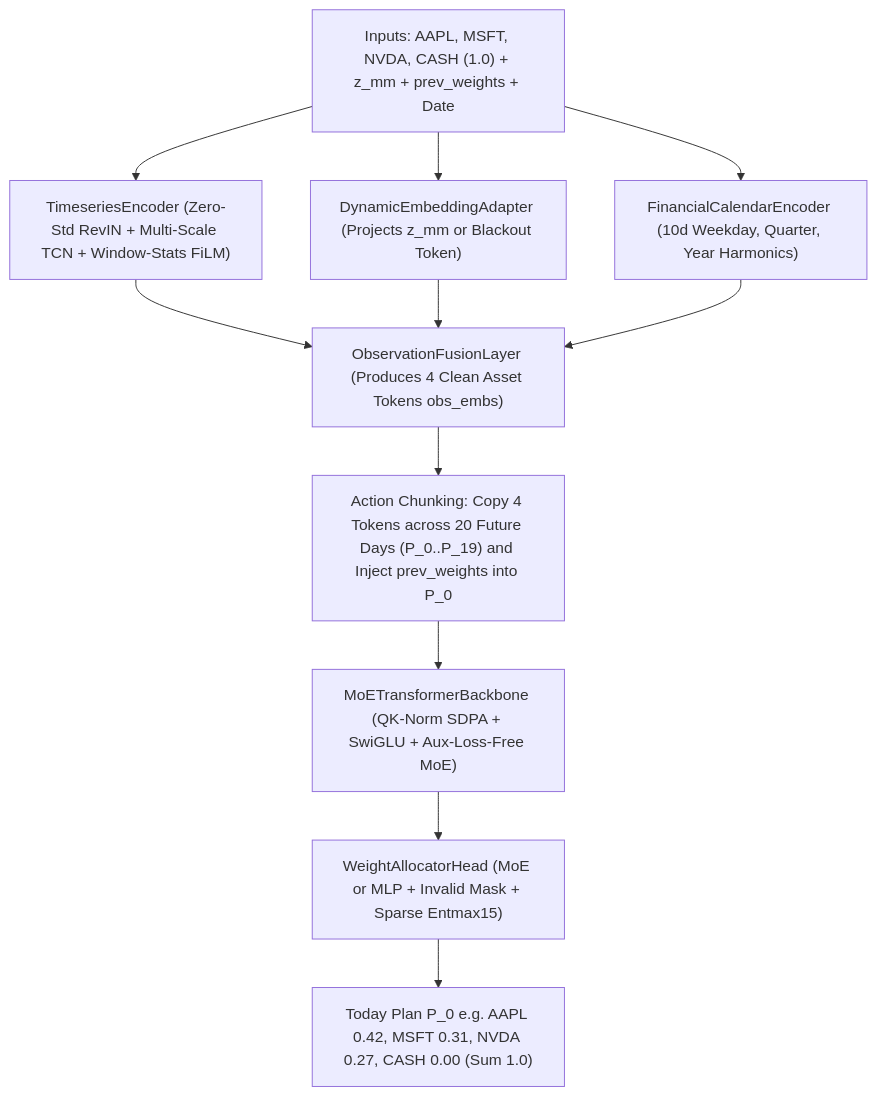
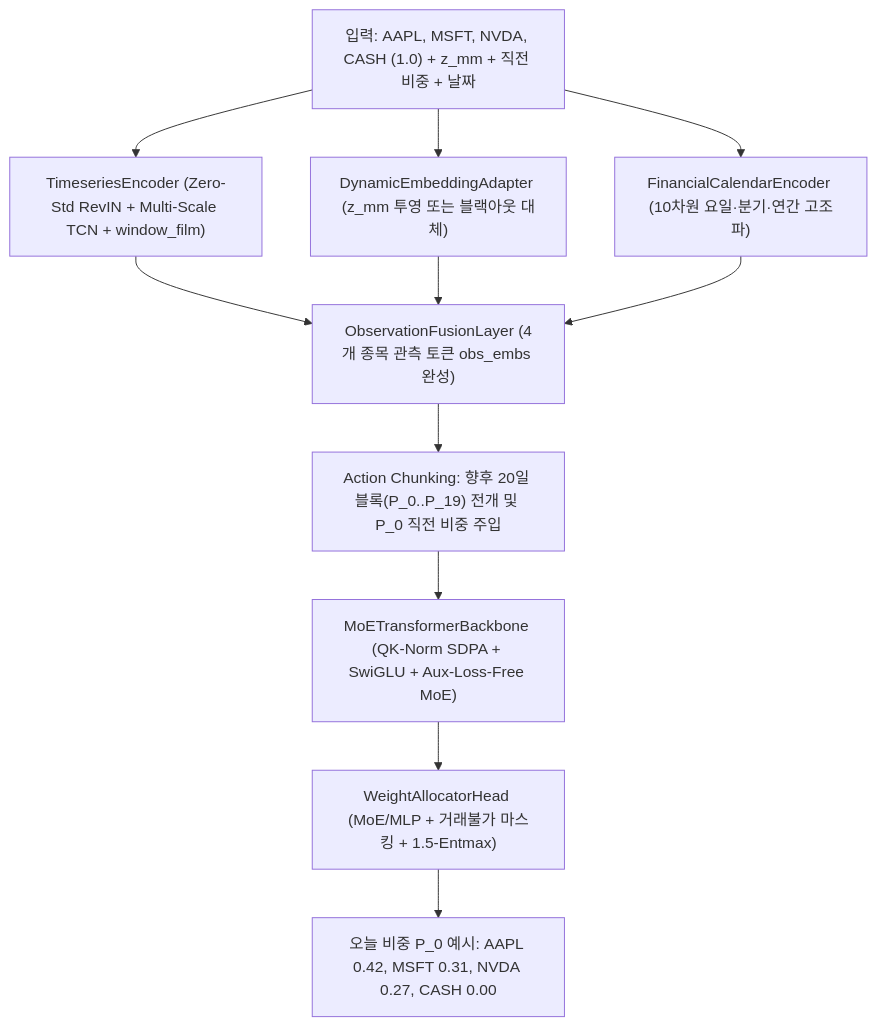
The second of 5 diagrams in openwiki/guides/intuitive-visual-guide.md (zerostreet/zerosteer), drawn with Mermaid before and after one commit. The commit also changed other lines of this file and 16 other files, not shown here.

````diff
--- a/openwiki/guides/intuitive-visual-guide.md
+++ b/openwiki/guides/intuitive-visual-guide.md
@@ -69,13 +55,13 @@
 ```mermaid
 flowchart TD
-    IN["Inputs: AAPL, MSFT, NVDA, CASH (1.0) + z_mm + prev_weights + Date"] --> REV["TimeseriesEncoder (Zero-Std RevIN + Multi-Scale TCN + Window-Stats FiLM)"]
-    IN --> DEA["DynamicEmbeddingAdapter (Projects z_mm or Blackout Token)"]
-    IN --> CAL["FinancialCalendarEncoder (10d Weekday, Quarter, Year Harmonics)"]
-    REV --> FUSE["ObservationFusionLayer (Produces 4 Clean Asset Tokens obs_embs)"]
+    IN["입력: AAPL, MSFT, NVDA, CASH (1.0) + z_mm + 직전 비중 + 날짜"] --> REV["TimeseriesEncoder (Zero-Std RevIN + Multi-Scale TCN + window_film)"]
+    IN --> DEA["DynamicEmbeddingAdapter (z_mm 투영 또는 블랙아웃 대체)"]
+    IN --> CAL["FinancialCalendarEncoder (10차원 요일·분기·연간 고조파)"]
+    REV --> FUSE["ObservationFusionLayer (4개 종목 관측 토큰 obs_embs 완성)"]
     DEA --> FUSE
     CAL --> FUSE
-    FUSE --> CHUNK["Action Chunking: Copy 4 Tokens across 20 Future Days (P_0..P_19) and Inject prev_weights into P_0"]
+    FUSE --> CHUNK["Action Chunking: 향후 20일 블록(P_0..P_19) 전개 및 P_0 직전 비중 주입"]
     CHUNK --> MOE["MoETransformerBackbone (QK-Norm SDPA + SwiGLU + Aux-Loss-Free MoE)"]
-    MOE --> HEAD["WeightAllocatorHead (MoE or MLP + Invalid Mask + Sparse Entmax15)"]
-    HEAD --> OUT["Today Plan P_0 e.g. AAPL 0.42, MSFT 0.31, NVDA 0.27, CASH 0.00 (Sum 1.0)"]
+    MOE --> HEAD["WeightAllocatorHead (MoE/MLP + 거래불가 마스킹 + 1.5-Entmax)"]
+    HEAD --> OUT["오늘 비중 P_0 예시: AAPL 0.42, MSFT 0.31, NVDA 0.27, CASH 0.00"]
 ```
````
